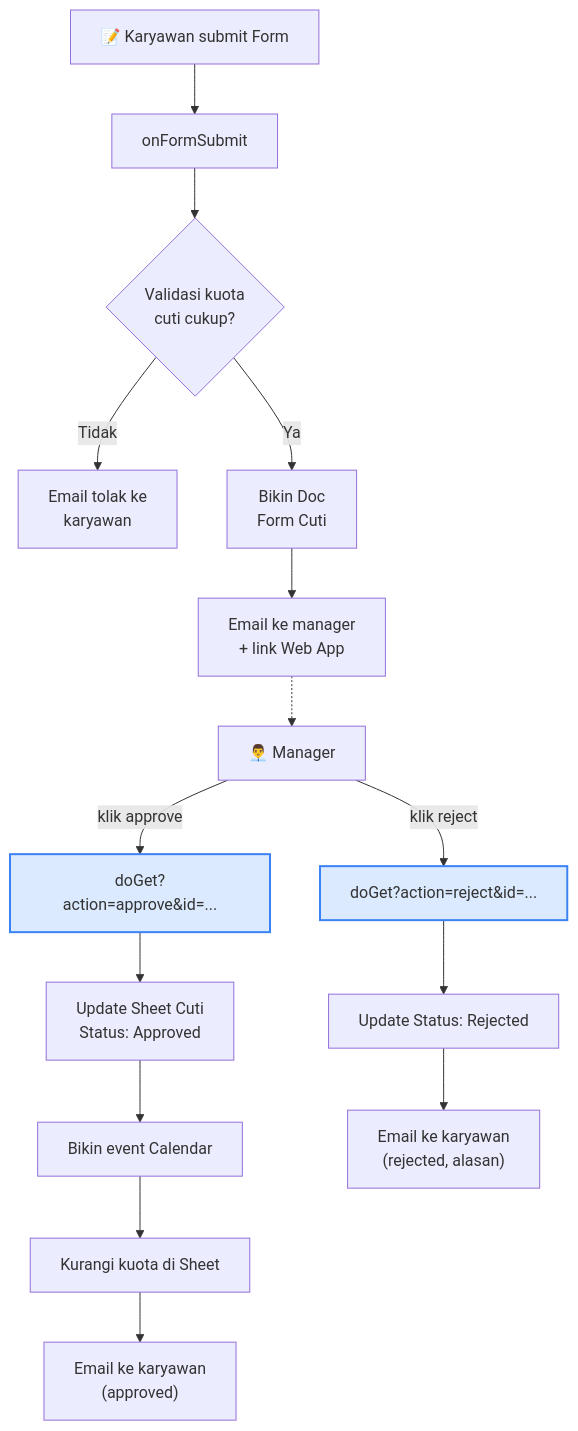
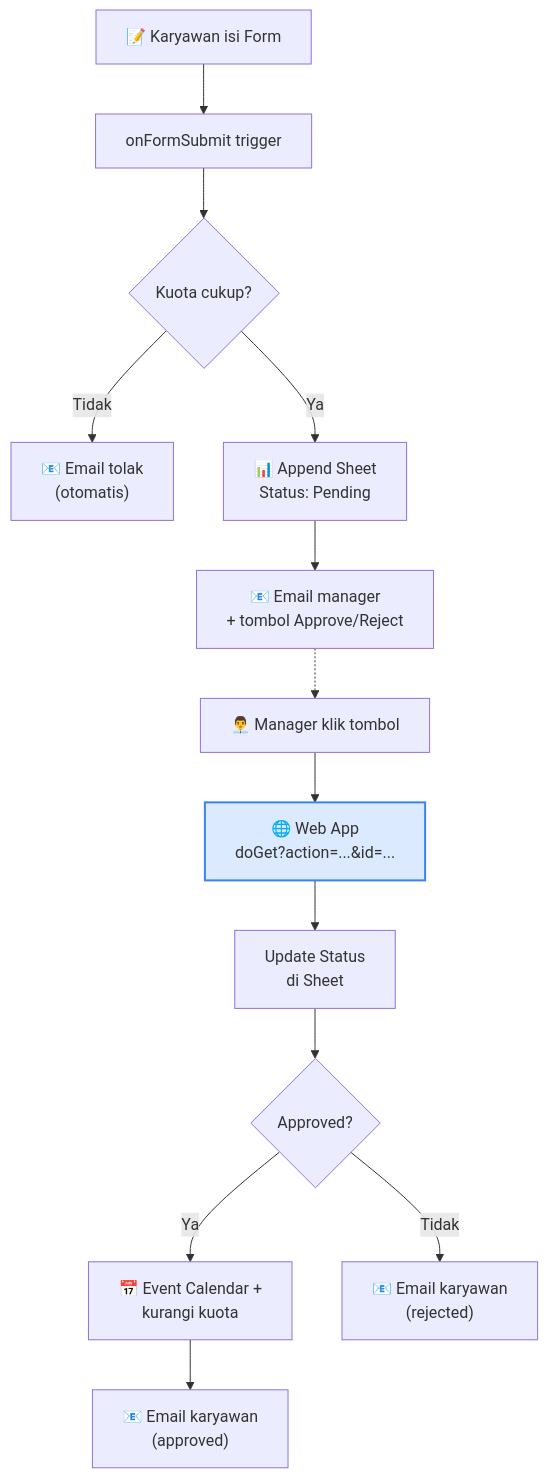
Before and after one commit to githubna-ilham/google-script: the diagram in Modul-8-Integrating-Multiple-Google-Services/materi.md, drawn with Mermaid. The commit also changed other lines of this file and 7 other files, not shown here.

````diff
--- a/Modul-8-Integrating-Multiple-Google-Services/materi.md
+++ b/Modul-8-Integrating-Multiple-Google-Services/materi.md
@@ -233,21 +20,18 @@
 ```mermaid
 flowchart TD
-    F["📝 Karyawan submit Form"] --> T1["onFormSubmit"]
-    T1 --> V{"Validasi kuota<br/>cuti cukup?"}
-    V -->|Tidak| E1["Email tolak ke<br/>karyawan"]
-    V -->|Ya| D1["Bikin Doc<br/>Form Cuti"]
-    D1 --> M1["Email ke manager<br/>+ link Web App"]
+    F["📝 Karyawan isi Form"] --> T["onFormSubmit trigger"]
+    T --> V{"Kuota cukup?"}
+    V -->|Tidak| E1["📧 Email tolak<br/>(otomatis)"]
+    V -->|Ya| S["📊 Append Sheet<br/>Status: Pending"]
+    S --> M["📧 Email manager<br/>+ tombol Approve/Reject"]
 
-    M1 -.-> Manager["👨‍💼 Manager"]
-    Manager -->|klik approve| W["doGet?action=approve&id=..."]:::wa
-    W --> S1["Update Sheet Cuti<br/>Status: Approved"]
-    S1 --> C1["Bikin event Calendar"]
-    C1 --> K1["Kurangi kuota di Sheet"]
-    K1 --> E2["Email ke karyawan<br/>(approved)"]
-
-    Manager -->|klik reject| W2["doGet?action=reject&id=..."]:::wa
-    W2 --> S2["Update Status: Rejected"]
-    S2 --> E3["Email ke karyawan<br/>(rejected, alasan)"]
+    M -.-> Manager["👨‍💼 Manager klik tombol"]
+    Manager --> W["🌐 Web App<br/>doGet?action=...&id=..."]:::wa
+    W --> U["Update Status<br/>di Sheet"]
+    U --> Cek{"Approved?"}
+    Cek -->|Ya| C["📅 Event Calendar +<br/>kurangi kuota"]
+    Cek -->|Tidak| EE["📧 Email karyawan<br/>(rejected)"]
+    C --> EA["📧 Email karyawan<br/>(approved)"]
 
     classDef wa fill:#dbeafe,stroke:#3b82f6,stroke-width:2px
 ```
````
